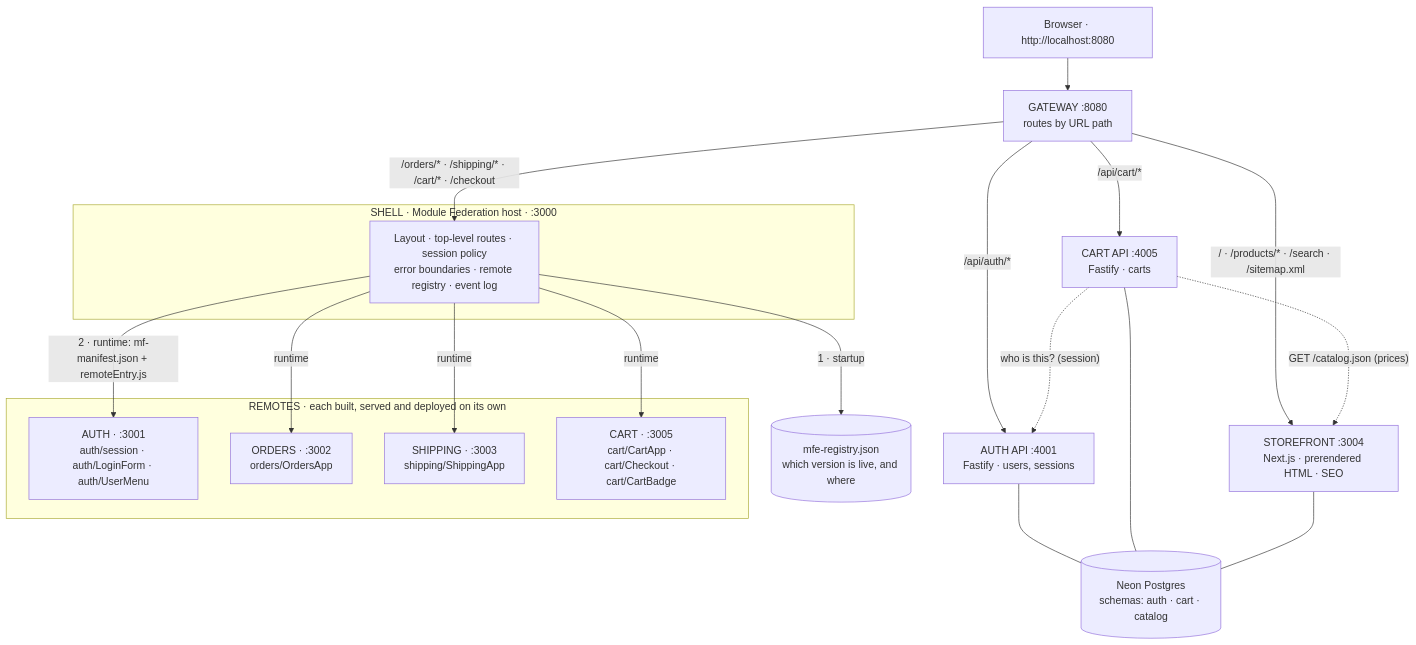
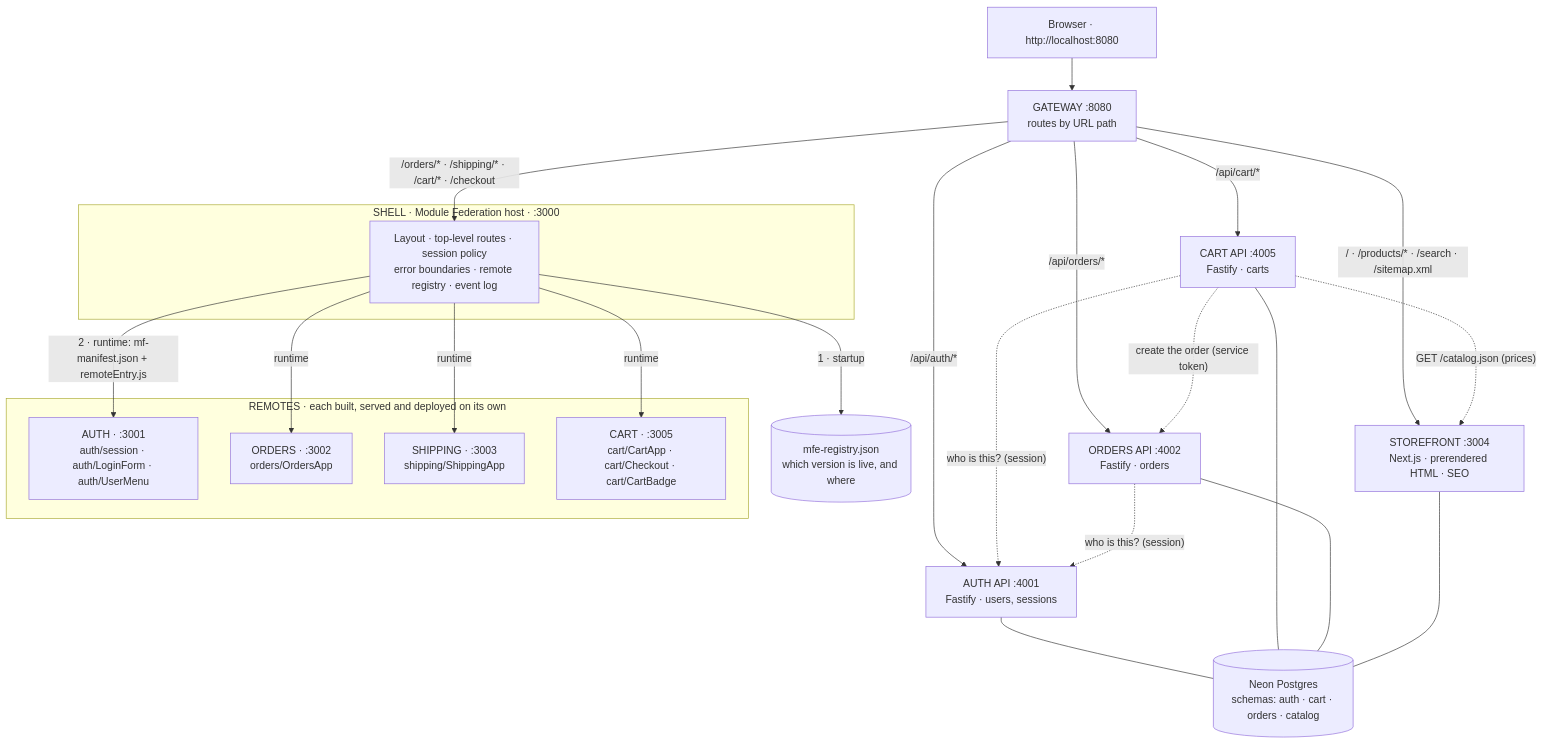
One commit to alireza-akbarzadeh/mciro changed the first of 2 diagrams in micro-shop/README.md. Above: the diagram before and after it, drawn with Mermaid. The commit also changed other lines of this file and 3 other files, not shown here.

````diff
--- a/micro-shop/README.md
+++ b/micro-shop/README.md
@@ -82,34 +82,38 @@
 ```mermaid
 flowchart TB
     browser["Browser · http://localhost:8080"] --> gateway["GATEWAY :8080<br/>routes by URL path"]
 
     gateway -- "/ · /products/* · /search · /sitemap.xml" --> storefront["STOREFRONT :3004<br/>Next.js · prerendered HTML · SEO"]
     gateway -- "/orders/* · /shipping/* · /cart/* · /checkout" --> shell
     gateway -- "/api/cart/*" --> cartApi["CART API :4005<br/>Fastify · carts"]
     gateway -- "/api/auth/*" --> authApi["AUTH API :4001<br/>Fastify · users, sessions"]
-    db[("Neon Postgres<br/>schemas: auth · cart · catalog")]
+    gateway -- "/api/orders/*" --> ordersApi["ORDERS API :4002<br/>Fastify · orders"]
+    db[("Neon Postgres<br/>schemas: auth · cart · orders · catalog")]
 
     subgraph shellBox["SHELL · Module Federation host · :3000"]
         shell["Layout · top-level routes · session policy<br/>error boundaries · remote registry · event log"]
     end
 
     subgraph remotesBox["REMOTES · each built, served and deployed on its own"]
         auth["AUTH · :3001<br/>auth/session · auth/LoginForm · auth/UserMenu"]
         orders["ORDERS · :3002<br/>orders/OrdersApp"]
         shipping["SHIPPING · :3003<br/>shipping/ShippingApp"]
         cart["CART · :3005<br/>cart/CartApp · cart/Checkout · cart/CartBadge"]
     end
 
     registry[("mfe-registry.json<br/>which version is live, and where")]
 
     shell -- "1 · startup" --> registry
     shell -- "2 · runtime: mf-manifest.json + remoteEntry.js" --> auth
     shell -- "runtime" --> orders
     shell -- "runtime" --> shipping
     shell -- "runtime" --> cart
     cartApi -. "GET /catalog.json (prices)" .-> storefront
     cartApi -. "who is this? (session)" .-> authApi
+    cartApi -. "create the order (service token)" .-> ordersApi
+    ordersApi -. "who is this? (session)" .-> authApi
     authApi --- db
     cartApi --- db
+    ordersApi --- db
     storefront --- db
 ```
````
